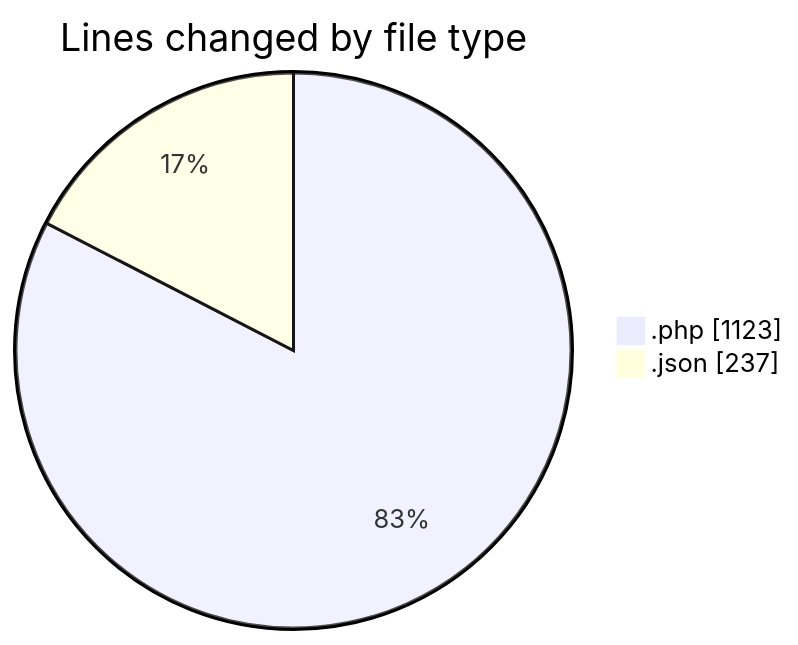
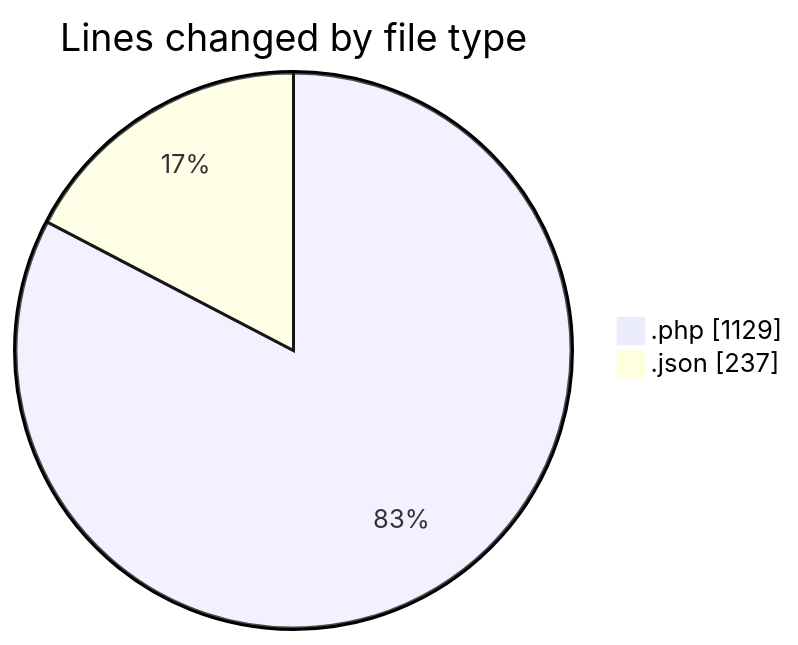
The first of 2 diagrams in 2025-05-25/bookingpodcas/README.md (idhammustaqopulfikri/code-tracking), drawn with Mermaid before and after one commit. The commit also changed other lines of this file and 1 other file, not shown here.

````diff
--- a/2025-05-25/bookingpodcas/README.md
+++ b/2025-05-25/bookingpodcas/README.md
@@ -35,6 +35,6 @@
 ```mermaid
 pie showData
 title Lines changed by file type
-".php" : 1123
+".php" : 1129
 ".json" : 237
 ```
````
